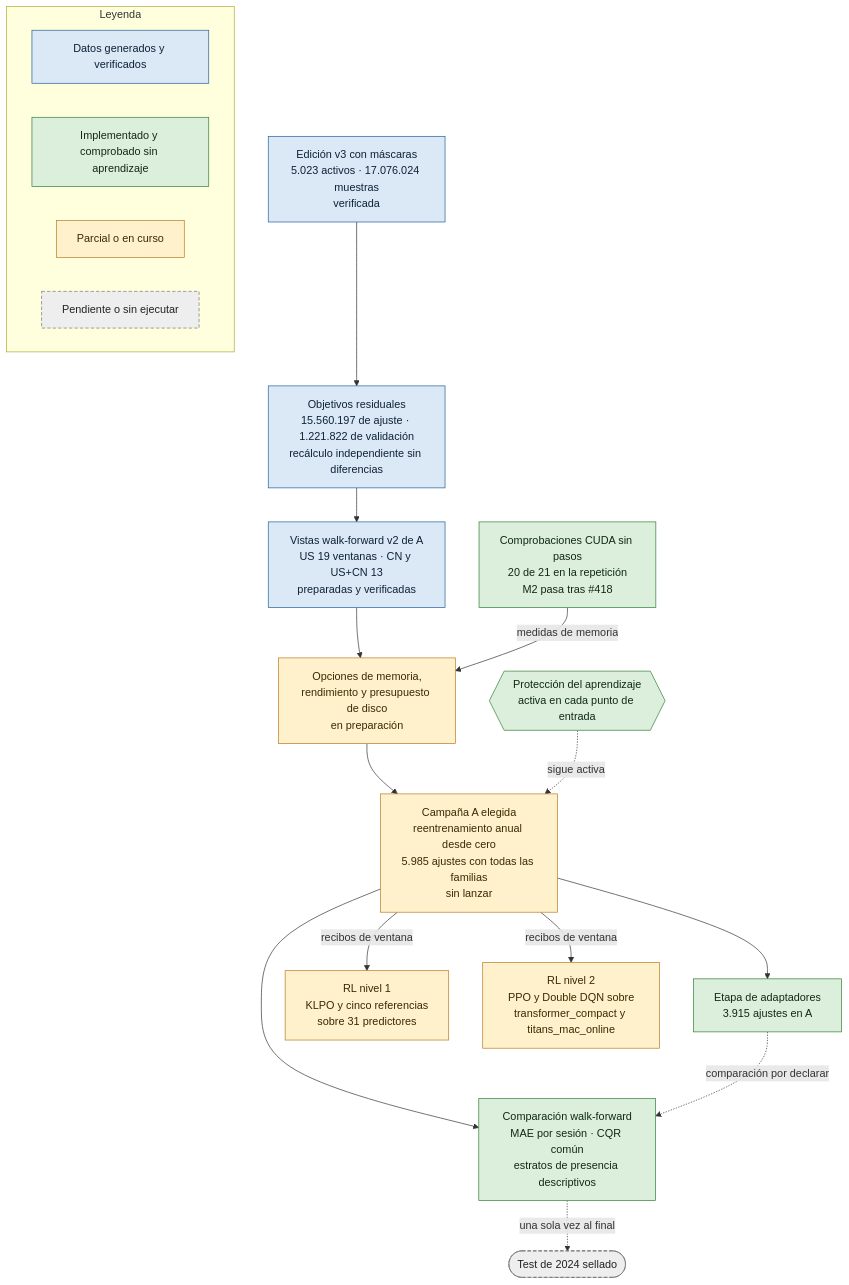
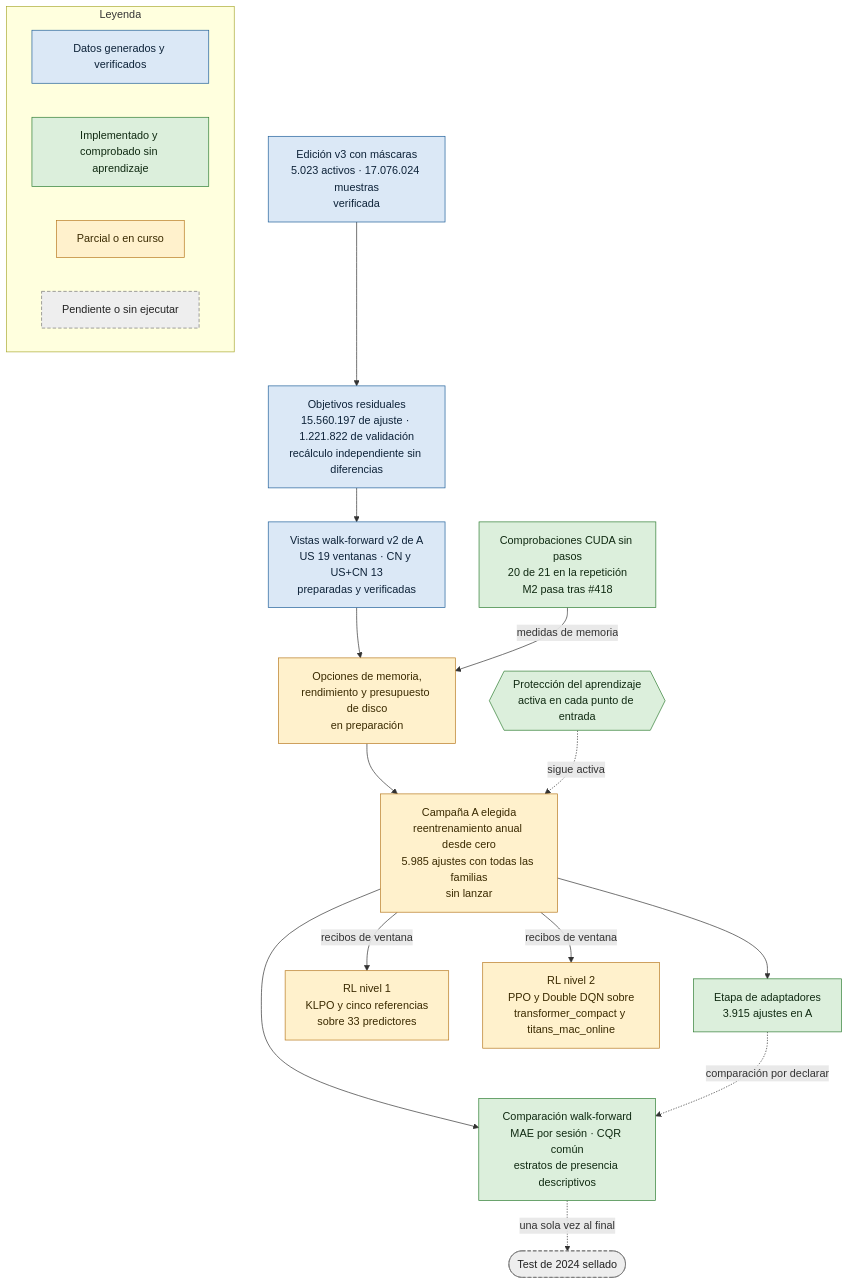
Before and after one commit to GonxKZ/mars-titan: the first of 3 diagrams in README.md, drawn with Mermaid. The commit also changed other lines of this file and 26 other files, not shown here.

````diff
--- a/README.md
+++ b/README.md
@@ -37,37 +37,37 @@
 ```mermaid
 flowchart TD
     E["Edición v3 con máscaras<br/>5.023 activos · 17.076.024 muestras<br/>verificada"]:::ejecutado
     O["Objetivos residuales<br/>15.560.197 de ajuste · 1.221.822 de validación<br/>recálculo independiente sin diferencias"]:::ejecutado
     H{{"Protección del aprendizaje<br/>activa en cada punto de entrada"}}:::comprobado
     W["Vistas walk-forward v2 de A<br/>US 19 ventanas · CN y US+CN 13<br/>preparadas y verificadas"]:::ejecutado
     K["Comprobaciones CUDA sin pasos<br/>20 de 21 en la repetición<br/>M2 pasa tras #418"]:::comprobado
     Q["Opciones de memoria,<br/>rendimiento y presupuesto de disco<br/>en preparación"]:::parcial
     A["Campaña A elegida<br/>reentrenamiento anual desde cero<br/>5.985 ajustes con todas las familias<br/>sin lanzar"]:::parcial
     P["Etapa de adaptadores<br/>3.915 ajustes en A"]:::comprobado
-    R1["RL nivel 1<br/>KLPO y cinco referencias<br/>sobre 31 predictores"]:::parcial
+    R1["RL nivel 1<br/>KLPO y cinco referencias<br/>sobre 33 predictores"]:::parcial
     R2["RL nivel 2<br/>PPO y Double DQN sobre<br/>transformer_compact y titans_mac_online"]:::parcial
     C["Comparación walk-forward<br/>MAE por sesión · CQR común<br/>estratos de presencia descriptivos"]:::comprobado
     T(["Test de 2024 sellado"]):::pendiente
 
     E --> O --> W --> Q --> A
     K -- medidas de memoria --> Q
     H -. sigue activa .-> A
     A --> P
     A -- recibos de ventana --> R1
     A -- recibos de ventana --> R2
     A --> C
     P -. comparación por declarar .-> C
     C -. una sola vez al final .-> T
 
     subgraph LEY["Leyenda"]
         L0["Datos generados y verificados"]:::ejecutado
         L1["Implementado y comprobado sin aprendizaje"]:::comprobado
         L2["Parcial o en curso"]:::parcial
         L3["Pendiente o sin ejecutar"]:::pendiente
     end
 
     classDef ejecutado fill:#dbe8f6,stroke:#1f5f99,color:#0d2238
     classDef comprobado fill:#dcefdc,stroke:#2e7d32,color:#102a12
     classDef parcial fill:#fff1cc,stroke:#b7791f,color:#3a2a00
     classDef pendiente fill:#eeeeee,stroke:#757575,color:#222222,stroke-dasharray:5 3
 ```
````
